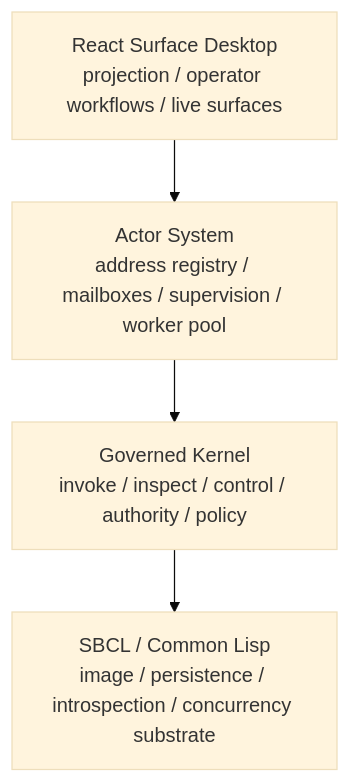
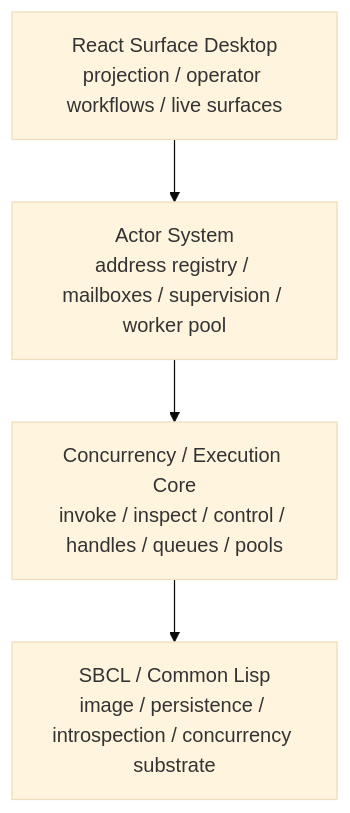
One commit to pauljbernard/sbcl-agent changed the first of 6 diagrams in docs/architecture.md. Above: the diagram before and after it, drawn with Mermaid (base theme). The commit also changed other lines of this file and 124 other files, not shown here.

Commit message:
Refactor runtime around actor concurrency core

````diff
--- a/docs/architecture.md
+++ b/docs/architecture.md
@@ -83,11 +83,11 @@
 ```mermaid
 flowchart TB
     React["React Surface Desktop<br/>projection / operator workflows / live surfaces"]
     Actor["Actor System<br/>address registry / mailboxes / supervision / worker pool"]
-    Kernel["Governed Kernel<br/>invoke / inspect / control / authority / policy"]
+    Core["Concurrency / Execution Core<br/>invoke / inspect / control / handles / queues / pools"]
     Runtime["SBCL / Common Lisp<br/>image / persistence / introspection / concurrency substrate"]
 
     React --> Actor
-    Actor --> Kernel
-    Kernel --> Runtime
+    Actor --> Core
+    Core --> Runtime
 ```
````
